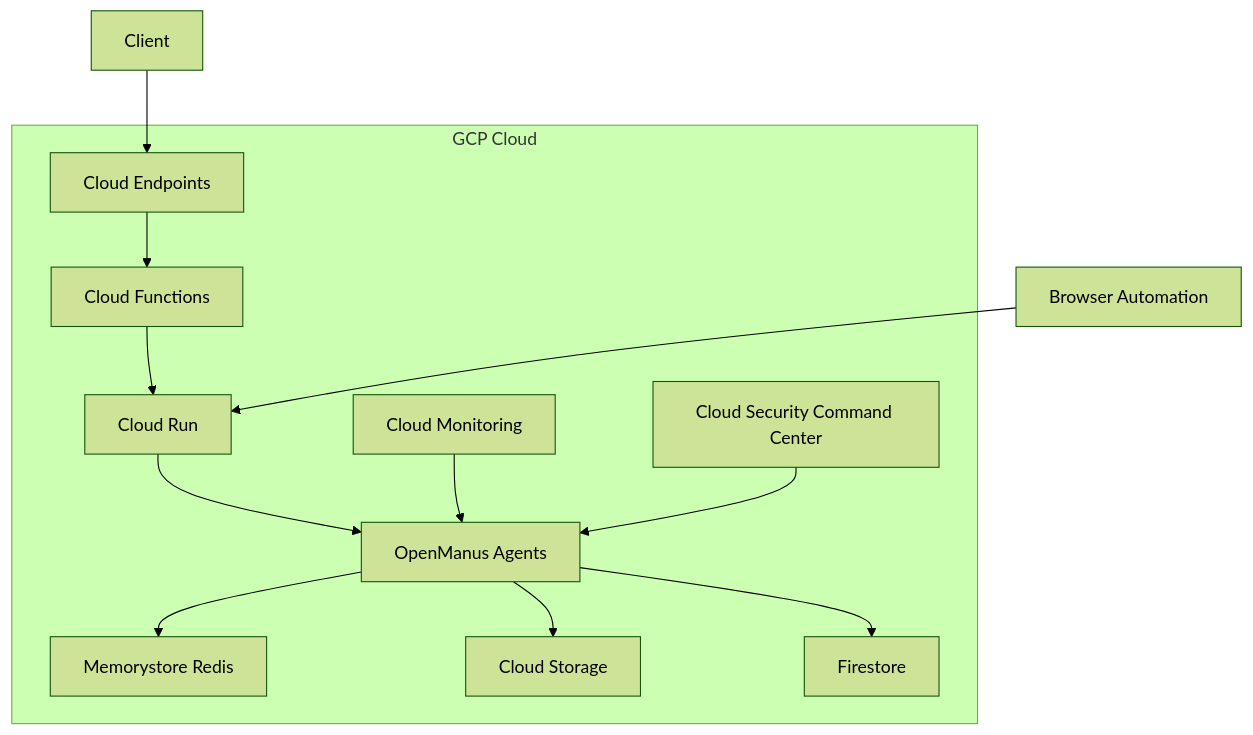
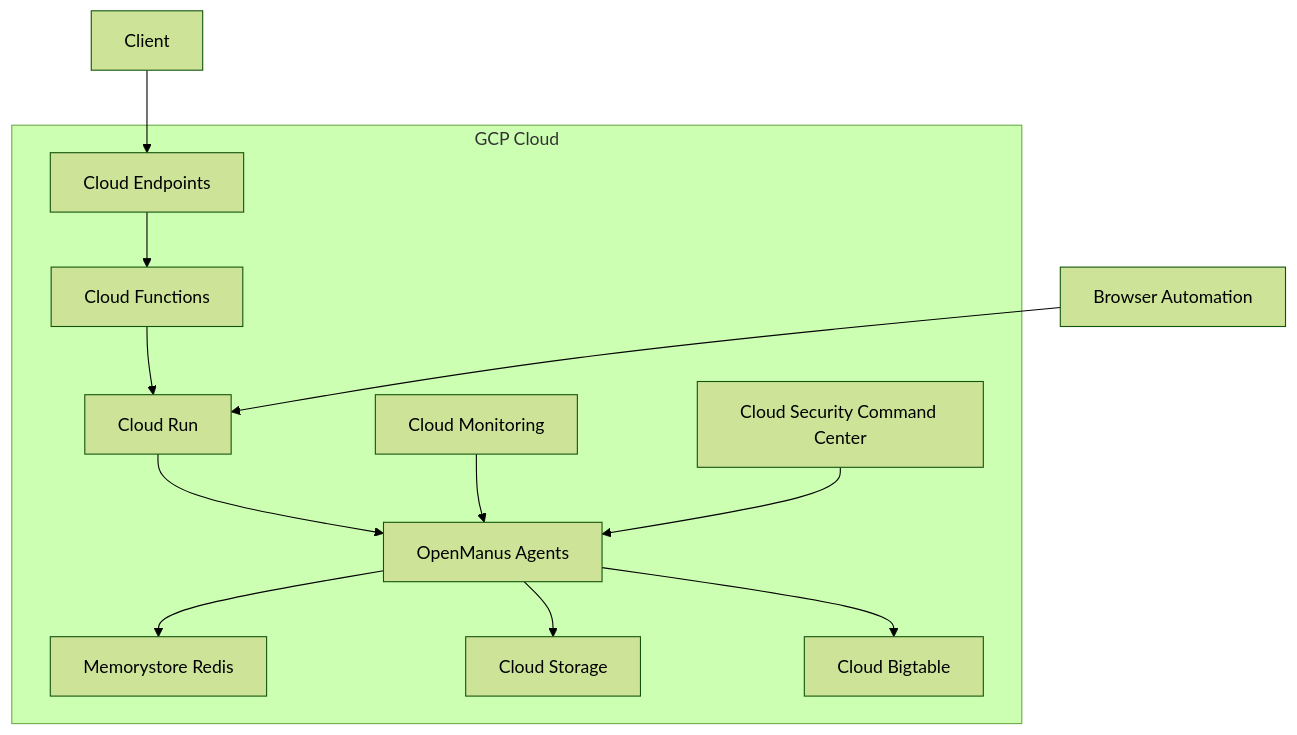
One commit to richardstanley/OpenManus changed the fifth of 6 diagrams in Cloud_Scaling_Proposals.md. Above: the diagram before and after it, drawn with Mermaid (forest theme). The commit also changed other lines of this file, not shown here.

````diff
--- a/Cloud_Scaling_Proposals.md
+++ b/Cloud_Scaling_Proposals.md
@@ -487,16 +532,16 @@
 ```mermaid
 graph TD
     subgraph GCP Cloud
         A[Cloud Endpoints] --> B[Cloud Functions]
         B --> C[Cloud Run]
         C --> D[OpenManus Agents]
         D --> E[Memorystore Redis]
         D --> F[Cloud Storage]
-        D --> G[Firestore]
+        D --> G[Cloud Bigtable]
         H[Cloud Monitoring] --> D
         I[Cloud Security Command Center] --> D
     end
 
     J[Client] --> A
     K[Browser Automation] --> C
 ```
````
